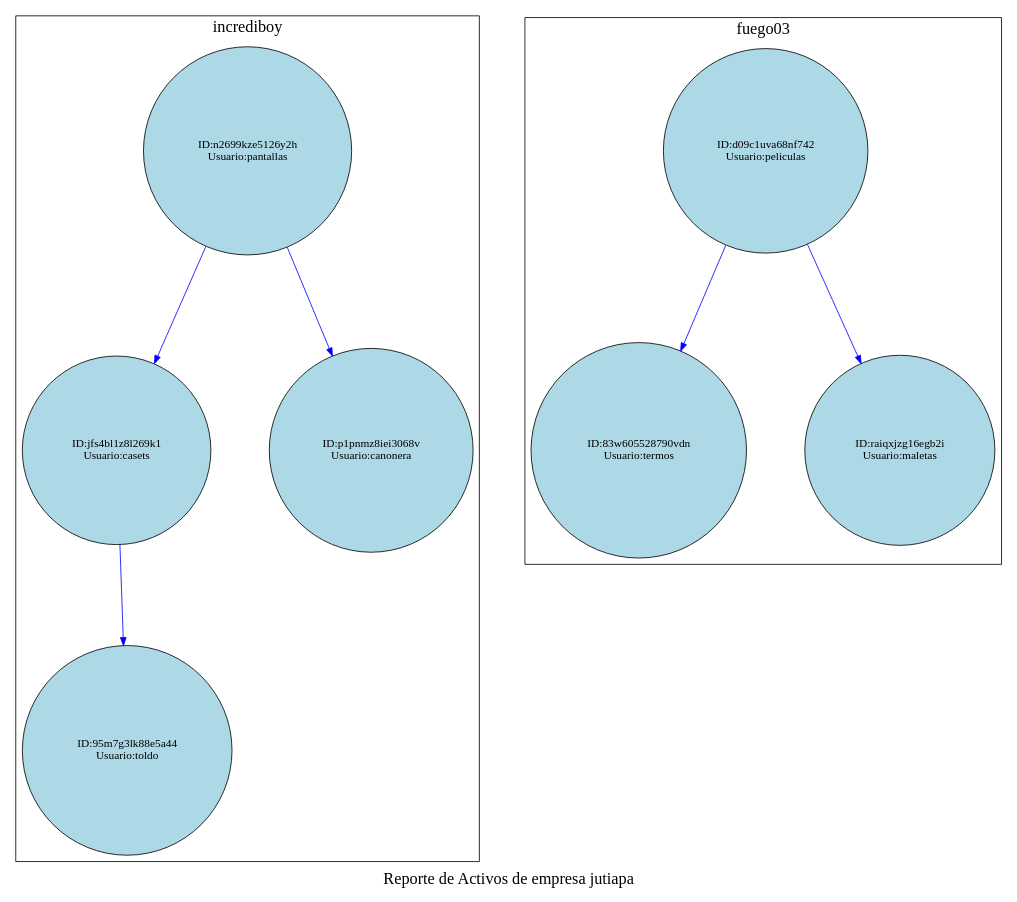
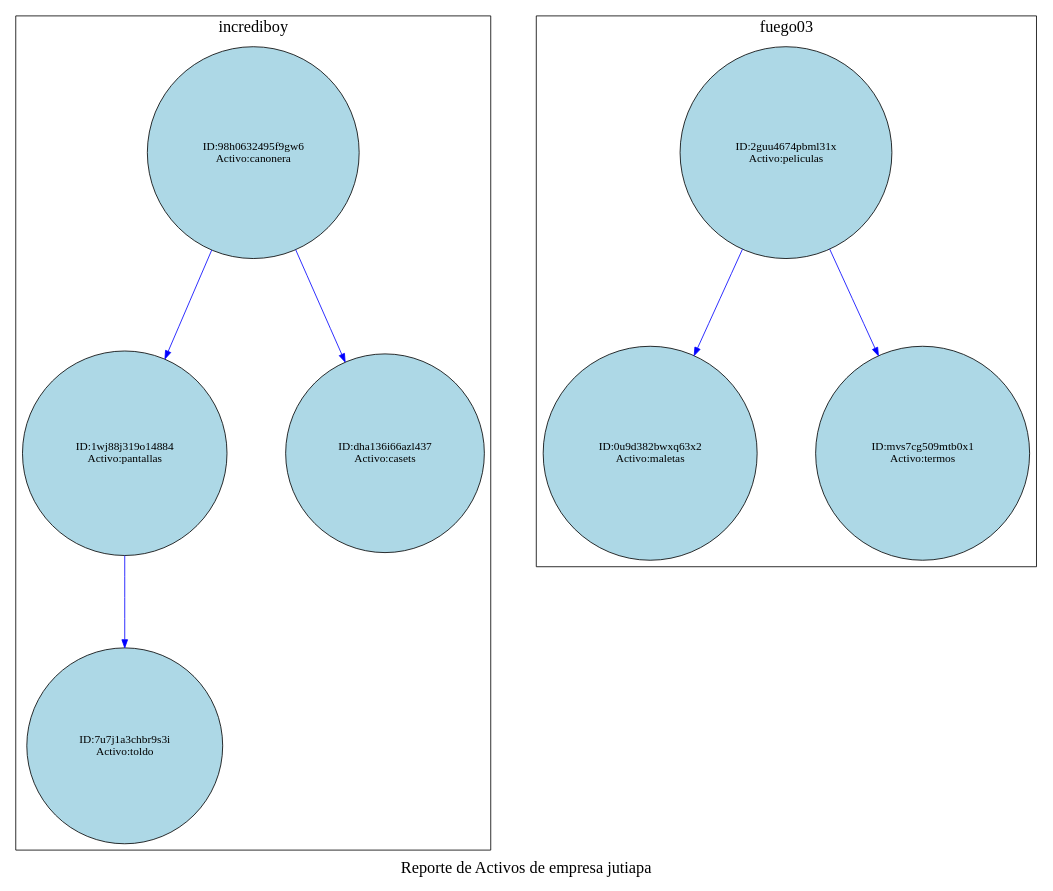
One commit to Ennero/EDD_Proyecto1_Vacas2_202302220 changed the diagram in Proyecto1/cmake-build-debug/reporteActivosDepartamento.dot. Above: the diagram before and after it, drawn with Graphviz. The commit also changed 16 other files, not shown here.

```diff
--- a/Proyecto1/cmake-build-debug/reporteActivosDepartamento.dot
+++ b/Proyecto1/cmake-build-debug/reporteActivosDepartamento.dot
@@ -1,37 +1,37 @@
 digraph G {
     node [shape=circle,style=filled, fillcolor=lightblue, margin=0.2];
     edge [style=solid, color=blue];
     graph [ranksep=1.5, nodesep=1];
     graph [label="Reporte de Activos de empresa jutiapa ", fontsize=20, fontcolor=black];
+subgraph cluster_juanito {
+        label="juanito";
+}
 subgraph cluster_incrediboy {
         label="incrediboy";
-    "n2699kze5126y2h" [label="ID:n2699kze5126y2h
-Usuario:pantallas"];
-    "n2699kze5126y2h" -> "jfs4bl1z8l269k1";
-    "jfs4bl1z8l269k1" [label="ID:jfs4bl1z8l269k1
-Usuario:casets"];
-    "jfs4bl1z8l269k1" -> "95m7g3lk88e5a44";
-    "95m7g3lk88e5a44" [label="ID:95m7g3lk88e5a44
-Usuario:toldo"];
-    "n2699kze5126y2h" -> "p1pnmz8iei3068v";
-    "p1pnmz8iei3068v" [label="ID:p1pnmz8iei3068v
-Usuario:canonera"];
-}
-subgraph cluster_juanito {
-        label="juanito";
+    "98h0632495f9gw6" [label="ID:98h0632495f9gw6
+Activo:canonera"];
+    "98h0632495f9gw6" -> "1wj88j319o14884";
+    "1wj88j319o14884" [label="ID:1wj88j319o14884
+Activo:pantallas"];
+    "1wj88j319o14884" -> "7u7j1a3chbr9s3i";
+    "7u7j1a3chbr9s3i" [label="ID:7u7j1a3chbr9s3i
+Activo:toldo"];
+    "98h0632495f9gw6" -> "dha136i66azl437";
+    "dha136i66azl437" [label="ID:dha136i66azl437
+Activo:casets"];
 }
 subgraph cluster_azurdia {
         label="azurdia";
 }
 subgraph cluster_fuego03 {
         label="fuego03";
-    "d09c1uva68nf742" [label="ID:d09c1uva68nf742
-Usuario:peliculas"];
-    "d09c1uva68nf742" -> "83w605528790vdn";
-    "83w605528790vdn" [label="ID:83w605528790vdn
-Usuario:termos"];
-    "d09c1uva68nf742" -> "raiqxjzg16egb2i";
-    "raiqxjzg16egb2i" [label="ID:raiqxjzg16egb2i
-Usuario:maletas"];
+    "2guu4674pbml31x" [label="ID:2guu4674pbml31x
+Activo:peliculas"];
+    "2guu4674pbml31x" -> "0u9d382bwxq63x2";
+    "0u9d382bwxq63x2" [label="ID:0u9d382bwxq63x2
+Activo:maletas"];
+    "2guu4674pbml31x" -> "mvs7cg509mtb0x1";
+    "mvs7cg509mtb0x1" [label="ID:mvs7cg509mtb0x1
+Activo:termos"];
 }
 }
```
